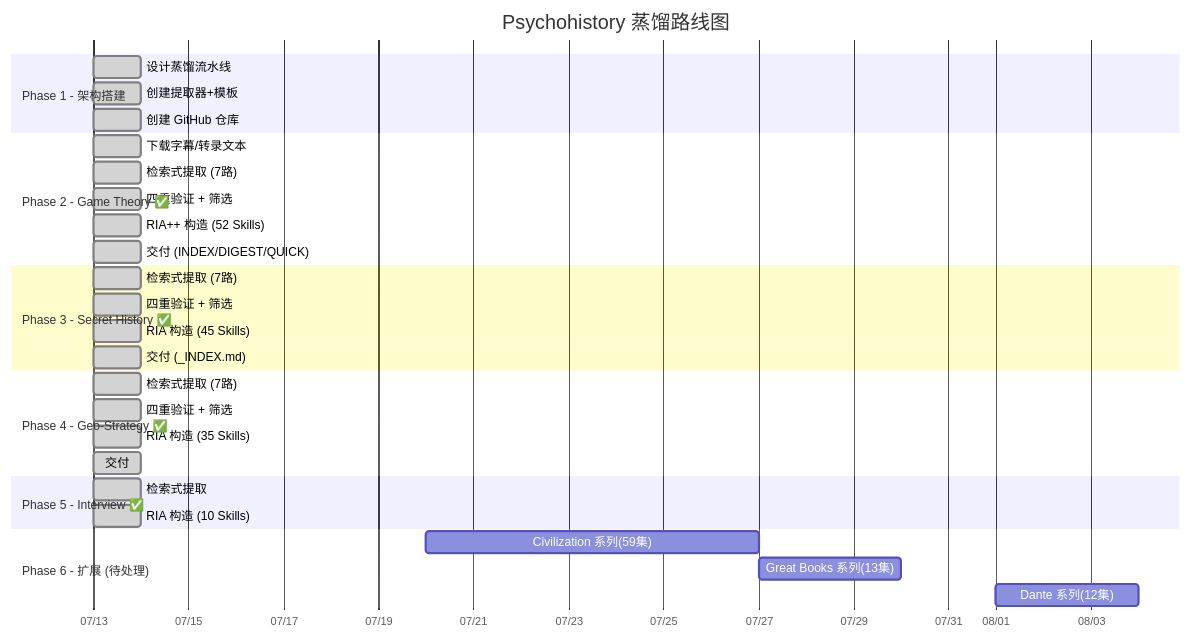
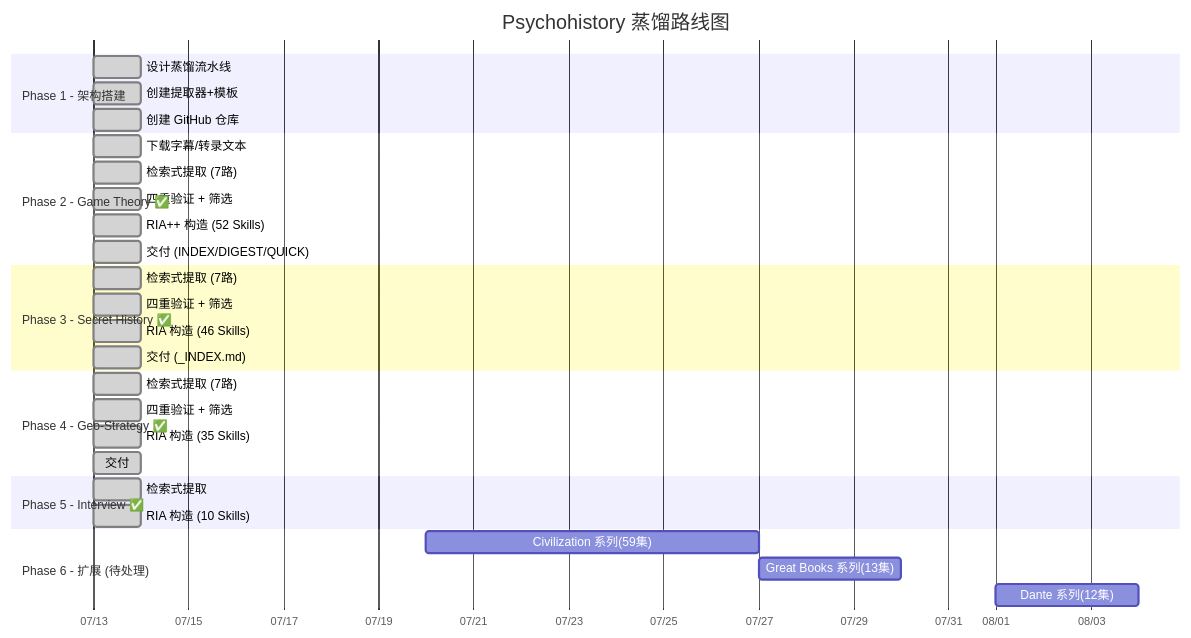
The diagram in PROGRESS.md (chundada/psychohistory), drawn with Mermaid before and after one commit. The commit also changed other lines of this file and 28 other files, not shown here.

````diff
--- a/PROGRESS.md
+++ b/PROGRESS.md
@@ -15,39 +15,39 @@
 ```mermaid
 gantt
     title Psychohistory 蒸馏路线图
     dateFormat  YYYY-MM-DD
     axisFormat  %m/%d
     
     section Phase 1 - 架构搭建
     设计蒸馏流水线           :done, 2026-07-13, 1d
     创建提取器+模板          :done, 2026-07-13, 1d
     创建 GitHub 仓库         :done, 2026-07-13, 1d
     
     section Phase 2 - Game Theory ✅
     下载字幕/转录文本        :done, 2026-07-13, 1d
     检索式提取 (7路)         :done, 2026-07-13, 1d
     四重验证 + 筛选          :done, 2026-07-13, 1d
     RIA++ 构造 (52 Skills)   :done, 2026-07-13, 1d
     交付 (INDEX/DIGEST/QUICK) :done, 2026-07-13, 1d
     
     section Phase 3 - Secret History ✅
     检索式提取 (7路)         :done, 2026-07-13, 1d
     四重验证 + 筛选          :done, 2026-07-13, 1d
-    RIA 构造 (45 Skills)     :done, 2026-07-13, 1d
+    RIA 构造 (46 Skills)     :done, 2026-07-13, 1d
     交付 (_INDEX.md)         :done, 2026-07-13, 1d
     
     section Phase 4 - Geo-Strategy ✅
     检索式提取 (7路)         :done, 2026-07-13, 1d
     四重验证 + 筛选          :done, 2026-07-13, 1d
     RIA 构造 (35 Skills)     :done, 2026-07-13, 1d
     交付                     :done, 2026-07-13, 1d
     
     section Phase 5 - Interview ✅
     检索式提取               :done, 2026-07-13, 1d
     RIA 构造 (10 Skills)     :done, 2026-07-13, 1d
 
     section Phase 6 - 扩展 (待处理)
     Civilization 系列(59集)  :2026-07-20, 7d
     Great Books 系列(13集)   :2026-07-27, 3d
     Dante 系列(12集)         :2026-08-01, 3d
 ```
````
